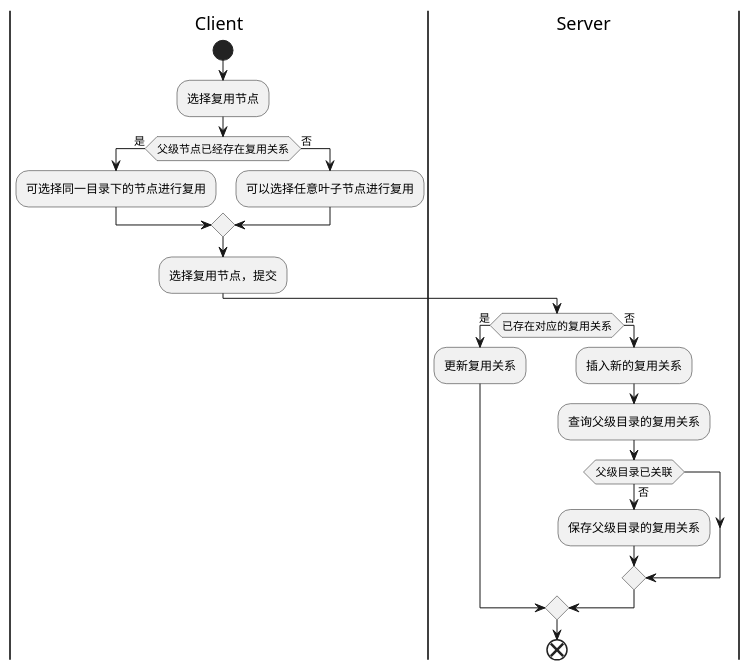
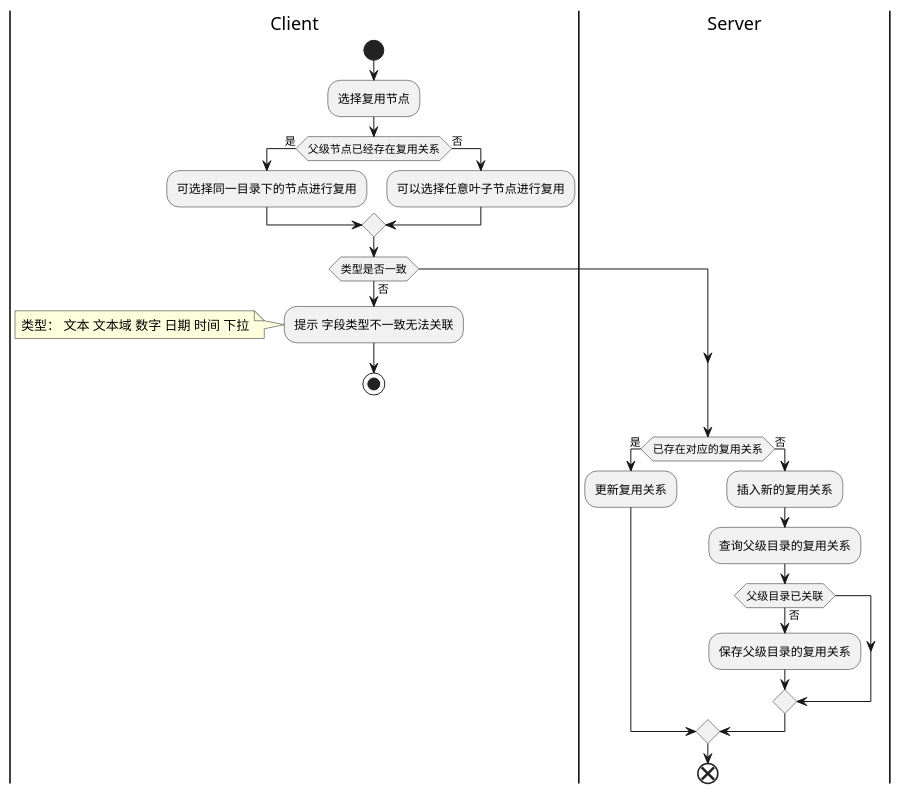
Before and after one commit to Kenny-Tang/example-lnsoft: the third of 7 diagrams in doc/方案设计文档/20250106-标书复用/标书复用.md, drawn with PlantUML. The commit also changed other lines of this file and 10 other files, not shown here.

````diff
--- a/doc/方案设计文档/20250106-标书复用/标书复用.md
+++ b/doc/方案设计文档/20250106-标书复用/标书复用.md
@@ -105,22 +111,28 @@
 ```plantuml
 |Client|
 start
 :选择复用节点;
 if (父级节点已经存在复用关系) is (是) then
 :可选择同一目录下的节点进行复用;
 else (否)
 :可以选择任意叶子节点进行复用; 
 endif
-:选择复用节点，提交;
+if (类型是否一致) is  (否) then
+    :提示 字段类型不一致无法关联;
+    note
+    类型： 文本 文本域 数字 日期 时间 下拉
+    endnote
+    stop; 
+endif 
 |Server|
 if (已存在对应的复用关系) is (是) then
 :更新复用关系;
 else (否)
 :插入新的复用关系;
 :查询父级目录的复用关系;
 if (父级目录已关联) is (否) then
 :保存父级目录的复用关系;
 endif 
 endif 
 end
 ```
````
